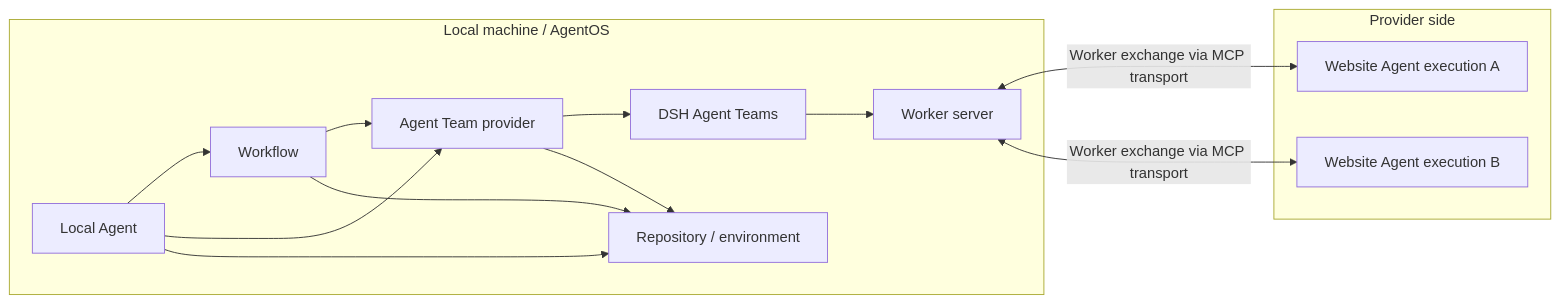
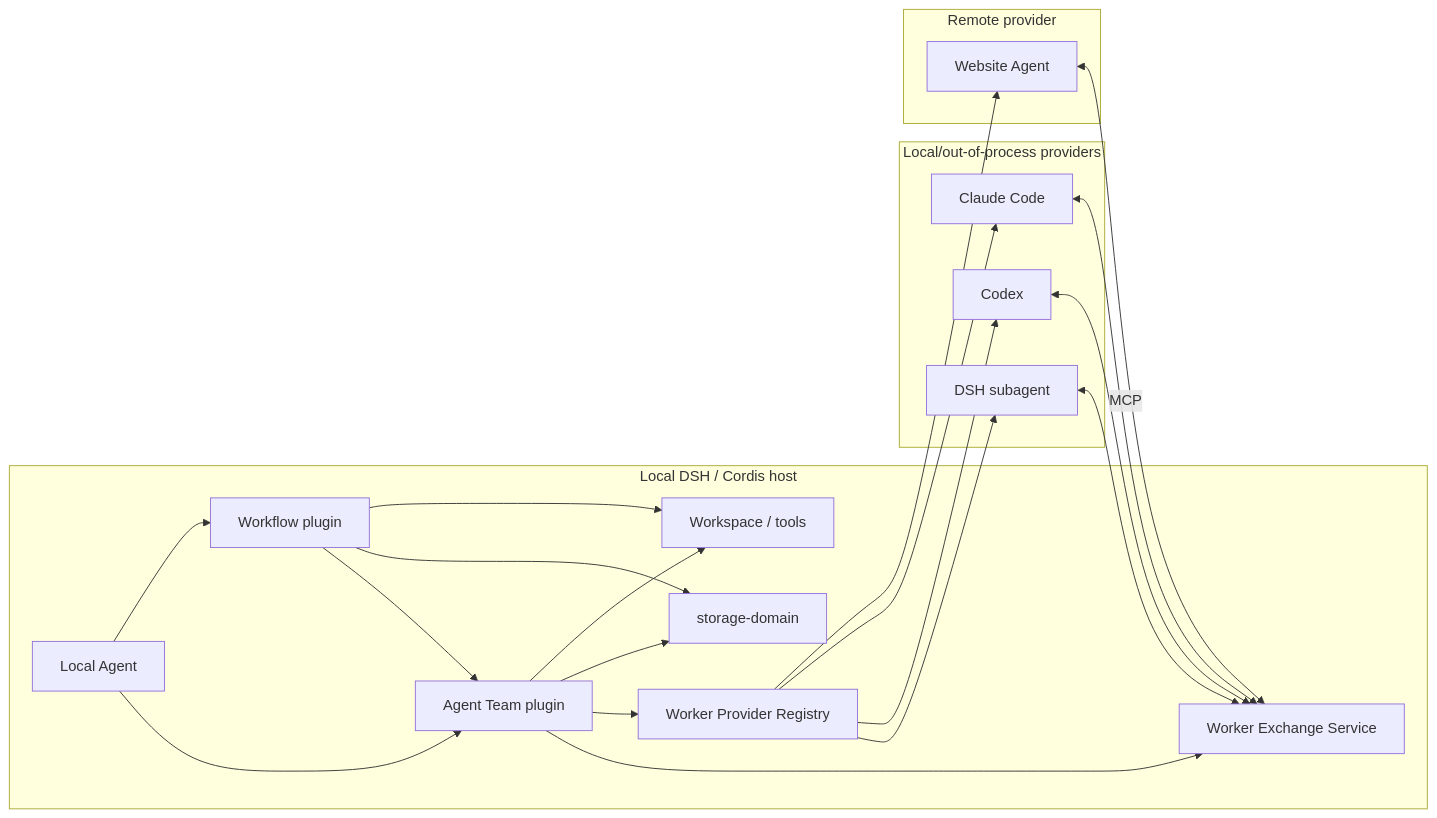
Before and after one commit to tsuuanmi/AgentOS: the fourth of 6 diagrams in docs/architecture/README.md, drawn with Mermaid. The commit also changed other lines of this file, not shown here.

Commit message:
docs: make plugins and Worker providers canonical

```diff
--- a/docs/architecture/README.md
+++ b/docs/architecture/README.md
@@ -186,29 +262,44 @@
 ~~~mermaid
 flowchart LR
-    subgraph Local["Local machine / AgentOS"]
+    subgraph Host["Local DSH / Cordis host"]
         LA[Local Agent]
-        WF[Workflow]
-        AT[Agent Team provider]
-        DT[DSH Agent Teams]
-        WS[Worker server]
-        ENV[Repository / environment]
+        AT[Agent Team plugin]
+        WF[Workflow plugin]
+        EX[Worker Exchange Service]
+        SP[Worker Provider Registry]
+        STORE[storage-domain]
+        ENV[Workspace / tools]
     end
 
-    subgraph Remote["Provider side"]
-        WA1[Website Agent execution A]
-        WA2[Website Agent execution B]
+    subgraph LocalWorkers["Local/out-of-process providers"]
+        DW[DSH subagent]
+        CX[Codex]
+        CL[Claude Code]
     end
 
+    subgraph Remote["Remote provider"]
+        WA[Website Agent]
+    end
+
+    LA --> AT
     LA --> WF
-    LA --> AT
     WF --> AT
-    AT --> DT
 
-    DT --> WS
-    WS <-->|Worker exchange via MCP transport| WA1
-    WS <-->|Worker exchange via MCP transport| WA2
+    AT --> EX
+    AT --> SP
+    AT --> STORE
+    WF --> STORE
 
-    LA --> ENV
+    SP --> DW
+    SP --> CX
+    SP --> CL
+    SP --> WA
+
+    DW <--> EX
+    CX <--> EX
+    CL <--> EX
+    WA <-->|MCP| EX
+
     AT --> ENV
     WF --> ENV
 ~~~
```
